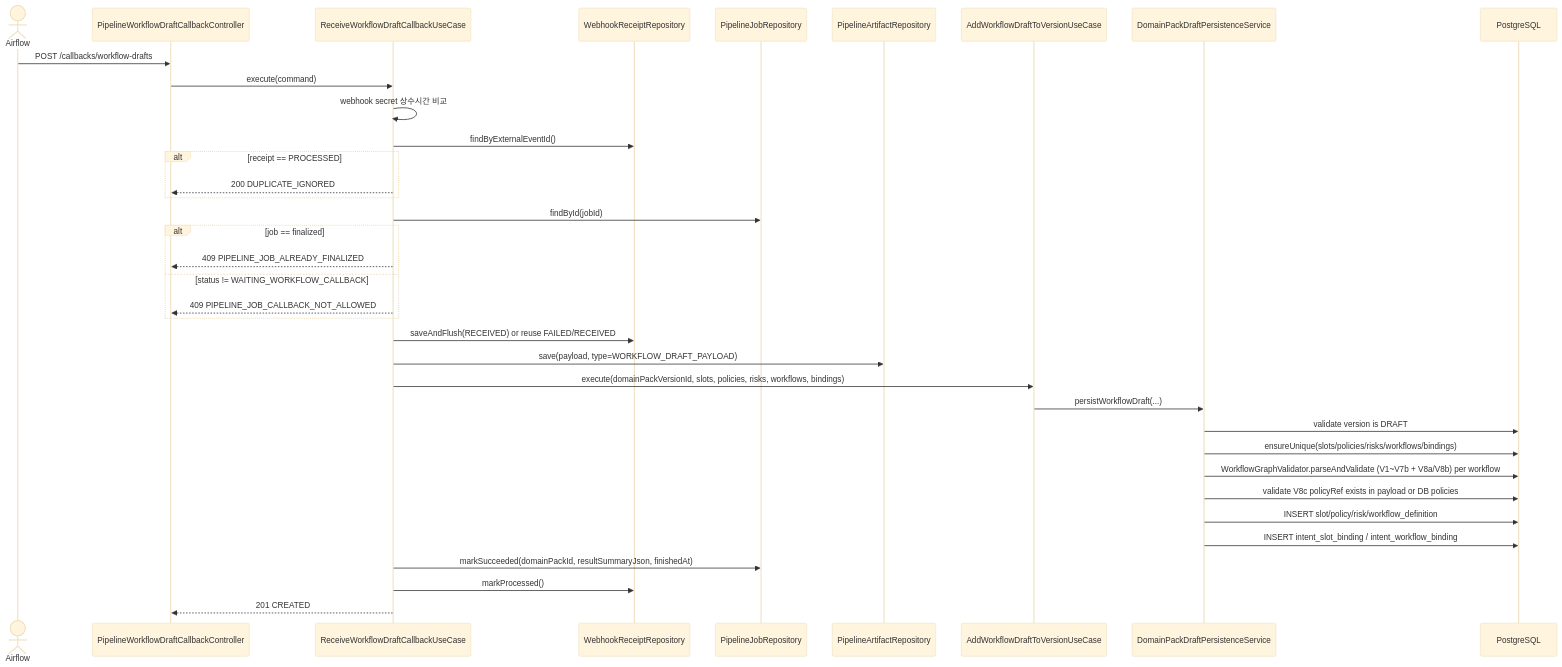
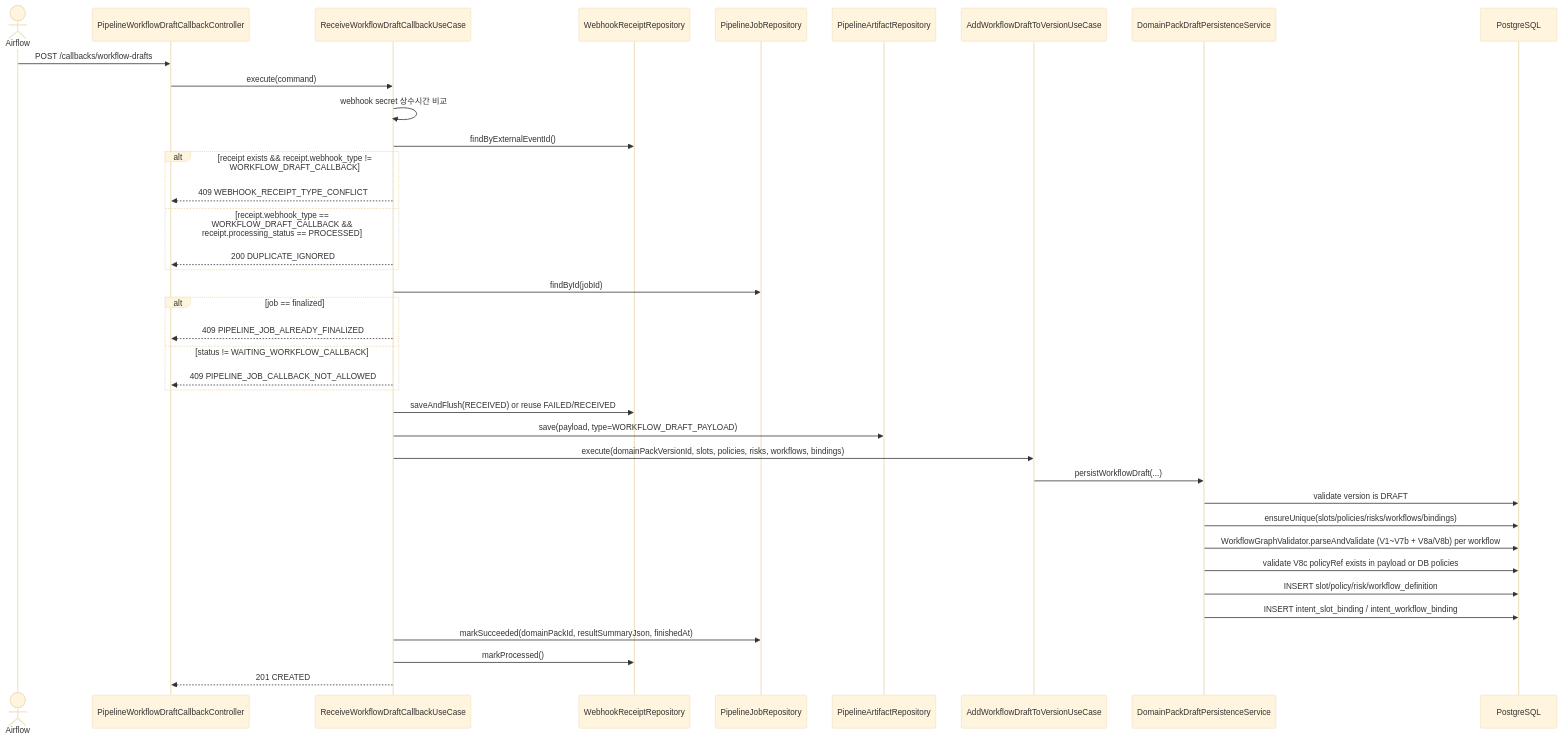
The second of 3 diagrams in .agent/specs/217.md (ajou-2026-1-capstone-5/ostone), drawn with Mermaid (base theme) before and after one commit. The commit also changed other lines of this file, not shown here.

Commit message:
fix(spec): handle callback receipt type conflicts

````diff
--- a/.agent/specs/217.md
+++ b/.agent/specs/217.md
@@ -313,39 +321,41 @@
 ```mermaid
 sequenceDiagram
     actor airflow as Airflow
     participant ctrl as PipelineWorkflowDraftCallbackController
     participant cb as ReceiveWorkflowDraftCallbackUseCase
     participant receiptRepo as WebhookReceiptRepository
     participant jobRepo as PipelineJobRepository
     participant artifactRepo as PipelineArtifactRepository
     participant addUc as AddWorkflowDraftToVersionUseCase
     participant draftSvc as DomainPackDraftPersistenceService
     participant db as PostgreSQL
 
     airflow ->> ctrl: POST /callbacks/workflow-drafts
     ctrl ->> cb: execute(command)
     cb ->> cb: webhook secret 상수시간 비교
     cb ->> receiptRepo: findByExternalEventId()
-    alt receipt == PROCESSED
+    alt receipt exists && receipt.webhook_type != WORKFLOW_DRAFT_CALLBACK
+        cb -->> ctrl: 409 WEBHOOK_RECEIPT_TYPE_CONFLICT
+    else receipt.webhook_type == WORKFLOW_DRAFT_CALLBACK && receipt.processing_status == PROCESSED
         cb -->> ctrl: 200 DUPLICATE_IGNORED
     end
     cb ->> jobRepo: findById(jobId)
     alt job == finalized
         cb -->> ctrl: 409 PIPELINE_JOB_ALREADY_FINALIZED
     else status != WAITING_WORKFLOW_CALLBACK
         cb -->> ctrl: 409 PIPELINE_JOB_CALLBACK_NOT_ALLOWED
     end
     cb ->> receiptRepo: saveAndFlush(RECEIVED) or reuse FAILED/RECEIVED
     cb ->> artifactRepo: save(payload, type=WORKFLOW_DRAFT_PAYLOAD)
     cb ->> addUc: execute(domainPackVersionId, slots, policies, risks, workflows, bindings)
     addUc ->> draftSvc: persistWorkflowDraft(...)
     draftSvc ->> db: validate version is DRAFT
     draftSvc ->> db: ensureUnique(slots/policies/risks/workflows/bindings)
     draftSvc ->> db: WorkflowGraphValidator.parseAndValidate (V1~V7b + V8a/V8b) per workflow
     draftSvc ->> db: validate V8c policyRef exists in payload or DB policies
     draftSvc ->> db: INSERT slot/policy/risk/workflow_definition
     draftSvc ->> db: INSERT intent_slot_binding / intent_workflow_binding
     cb ->> jobRepo: markSucceeded(domainPackId, resultSummaryJson, finishedAt)
     cb ->> receiptRepo: markProcessed()
     cb -->> ctrl: 201 CREATED
 ```
````
